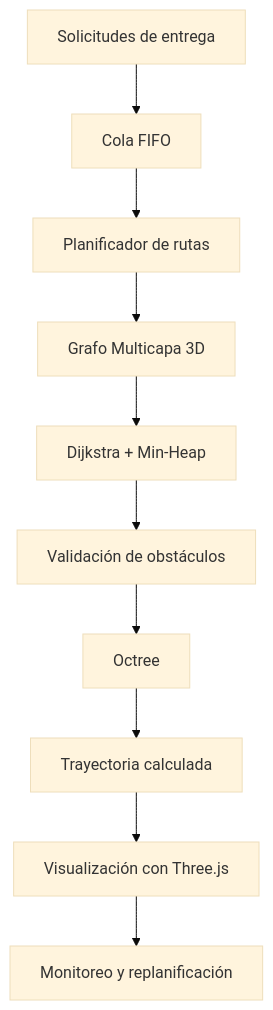
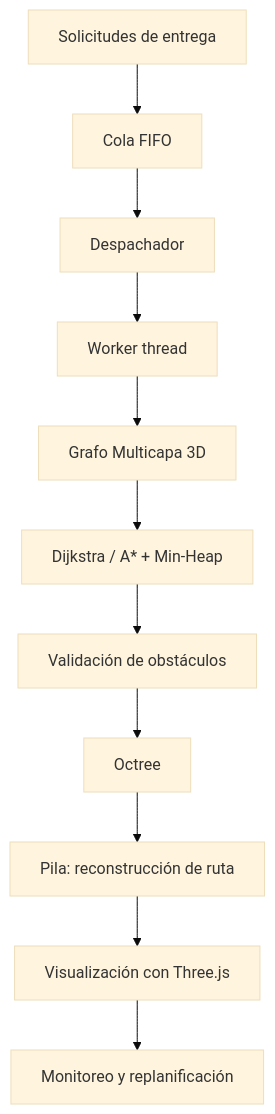
One commit to kissalo/Drones-de-Entrega-en-la-ciudad-de-Loja changed the diagram in README.md. Above: the diagram before and after it, drawn with Mermaid (base theme). The commit also changed other lines of this file and 4067 other files, not shown here.

````diff
--- a/README.md
+++ b/README.md
@@ -89,12 +77,13 @@
 ```mermaid
 flowchart TD
     A["Solicitudes de entrega"] --> B["Cola FIFO"]
-    B --> C["Planificador de rutas"]
-    C --> D["Grafo Multicapa 3D"]
-    D --> E["Dijkstra + Min-Heap"]
+    B --> C["Despachador"]
+    C --> W["Worker thread"]
+    W --> D["Grafo Multicapa 3D"]
+    D --> E["Dijkstra / A* + Min-Heap"]
     E --> F["Validación de obstáculos"]
     F --> G["Octree"]
-    G --> H["Trayectoria calculada"]
+    G --> H["Pila: reconstrucción de ruta"]
     H --> I["Visualización con Three.js"]
     I --> J["Monitoreo y replanificación"]
 ```
````
